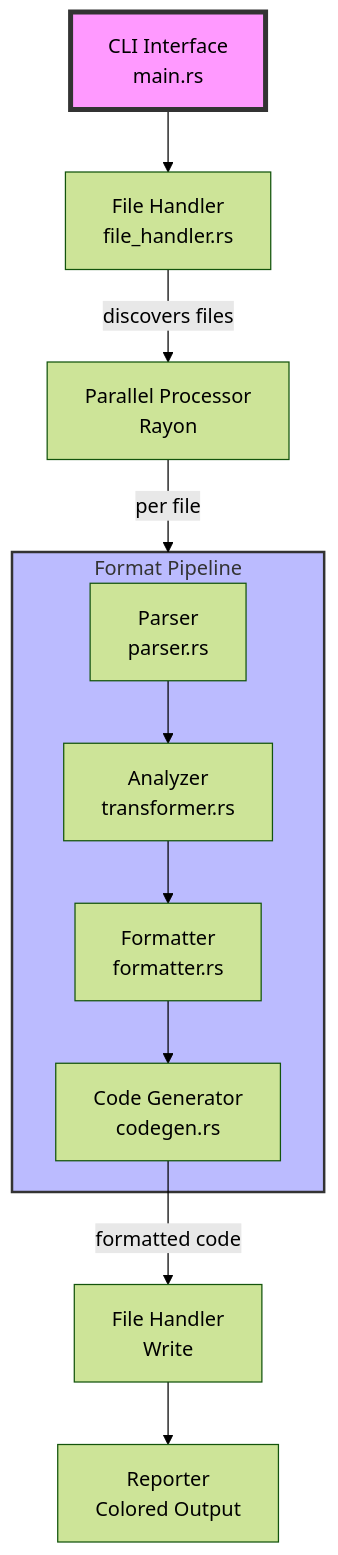
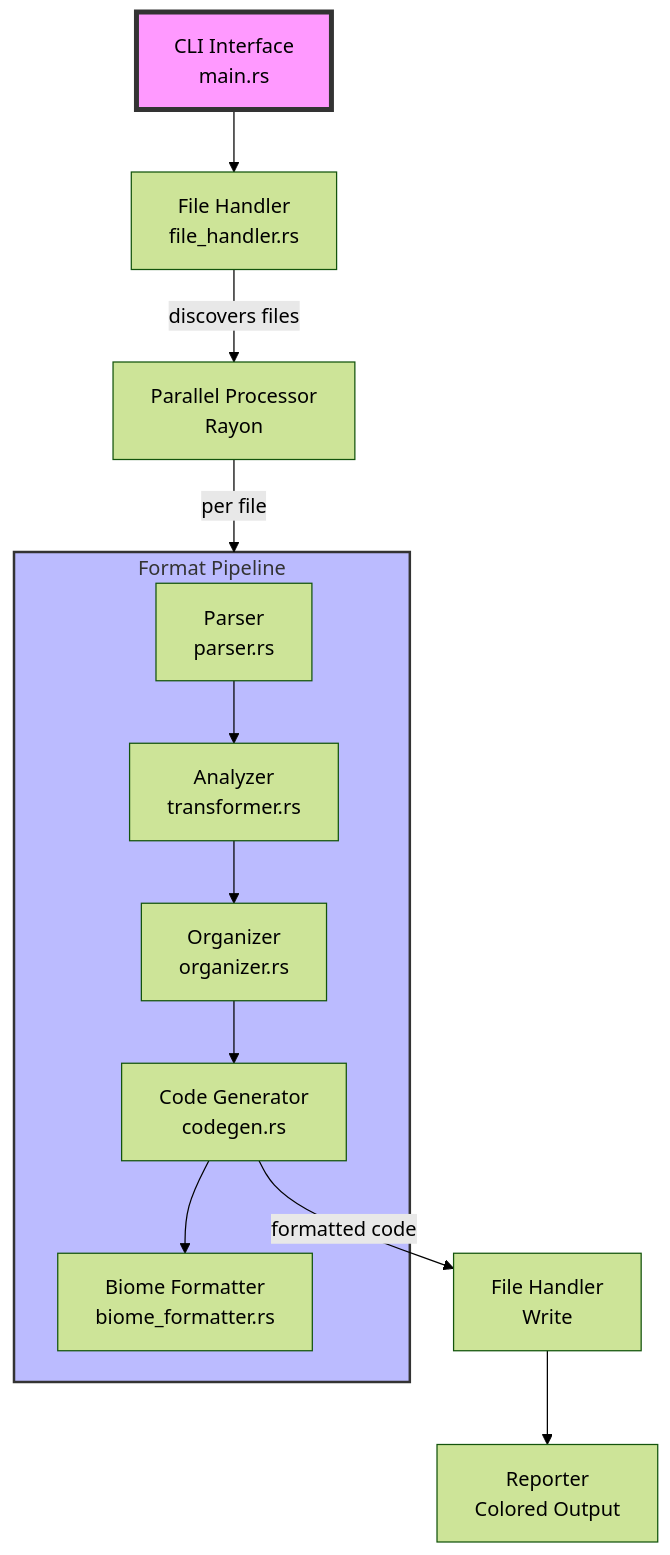
Before and after one commit to skeswa/krokfmt: the second of 19 diagrams in docs/design.md, drawn with Mermaid (forest theme). The commit also changed other lines of this file and 14 other files, not shown here.

````diff
--- a/docs/design.md
+++ b/docs/design.md
@@ -56,18 +57,19 @@
 ```mermaid
 graph TB
     CLI[CLI Interface<br/>main.rs] --> FH[File Handler<br/>file_handler.rs]
     FH --> |discovers files| PP[Parallel Processor<br/>Rayon]
     PP --> |per file| FP[Format Pipeline]
     
     subgraph FP[Format Pipeline]
         P[Parser<br/>parser.rs] --> A[Analyzer<br/>transformer.rs]
-        A --> F[Formatter<br/>formatter.rs]
-        F --> CG[Code Generator<br/>codegen.rs]
+        A --> O[Organizer<br/>organizer.rs]
+        O --> CG[Code Generator<br/>codegen.rs]
+        CG --> BF[Biome Formatter<br/>biome_formatter.rs]
     end
     
     CG --> |formatted code| FH2[File Handler<br/>Write]
     FH2 --> R[Reporter<br/>Colored Output]
     
     style CLI fill:#f9f,stroke:#333,stroke-width:4px
     style FP fill:#bbf,stroke:#333,stroke-width:2px
 ```
````
